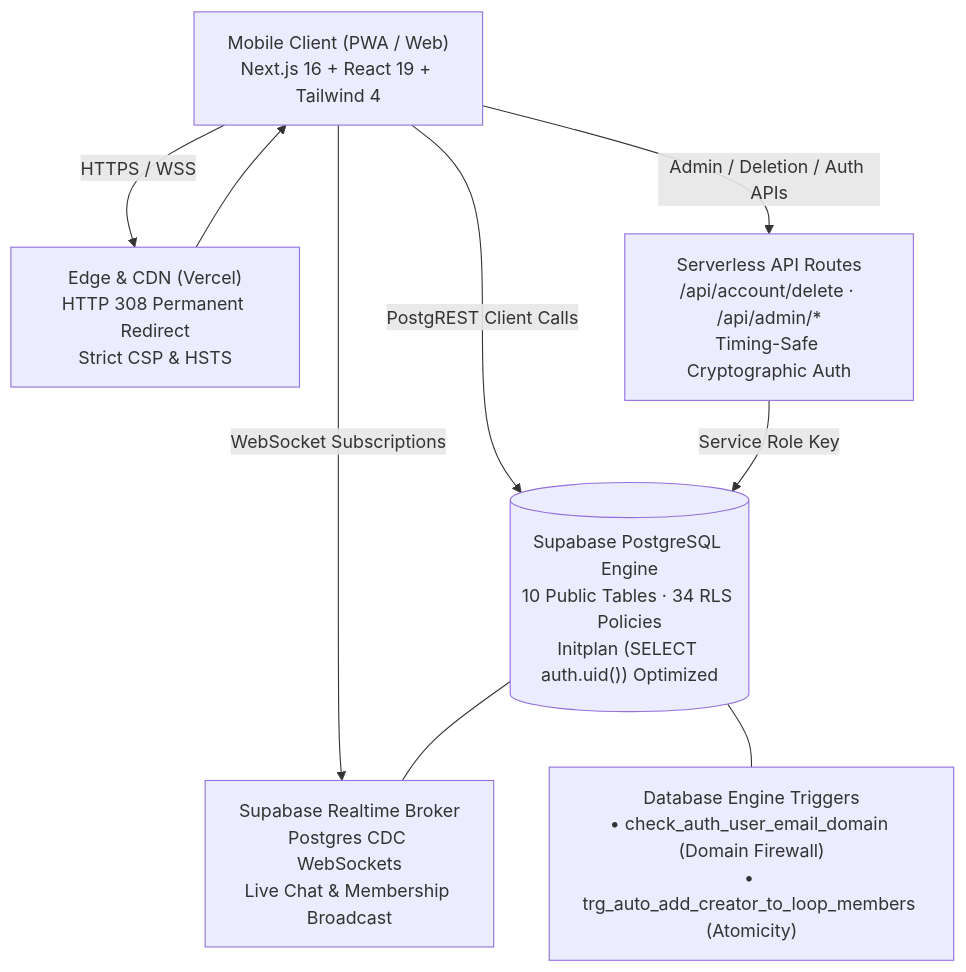
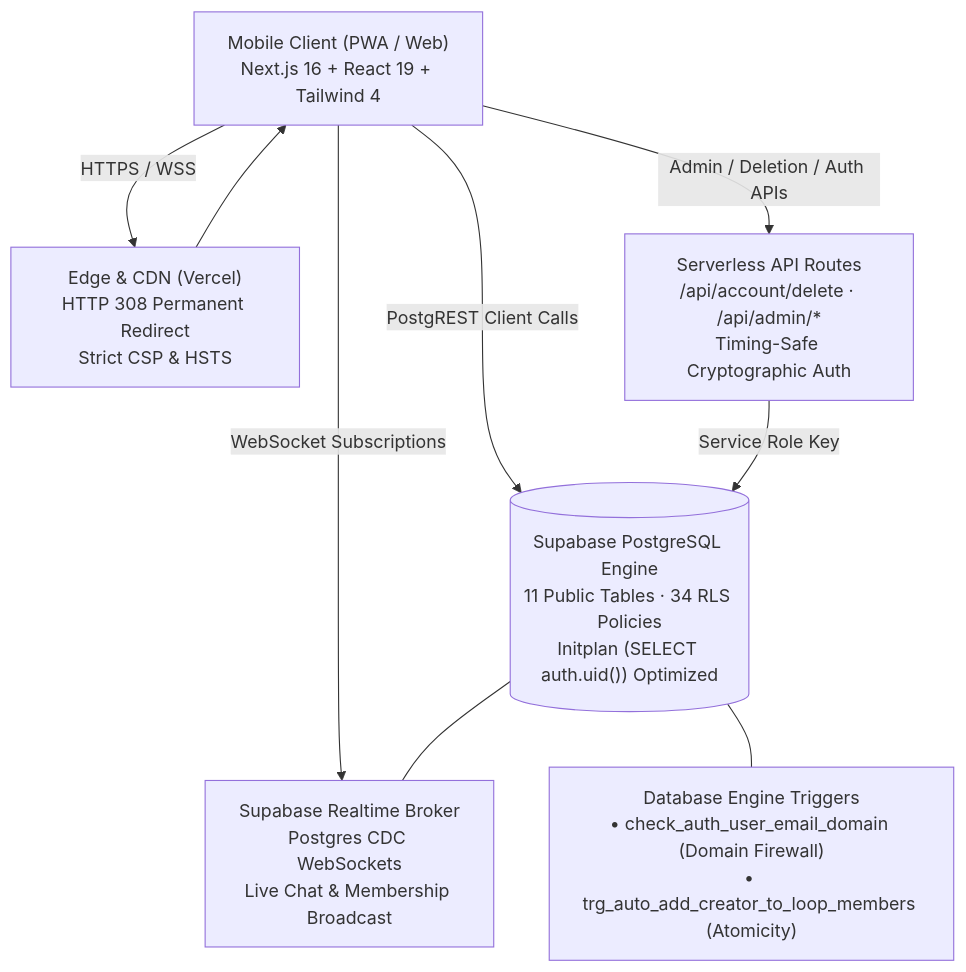
One commit to sanjaykamal2006/Loop changed the diagram in README.md. Above: the diagram before and after it, drawn with Mermaid. The commit also changed other lines of this file and 42 other files, not shown here.

````diff
--- a/README.md
+++ b/README.md
@@ -30,18 +30,18 @@
 ```mermaid
 flowchart TD
     Client["Mobile Client (PWA / Web)\nNext.js 16 + React 19 + Tailwind 4"]
     Edge["Edge & CDN (Vercel)\nHTTP 308 Permanent Redirect\nStrict CSP & HSTS"]
     API["Serverless API Routes\n/api/account/delete · /api/admin/*\nTiming-Safe Cryptographic Auth"]
-    DB[("Supabase PostgreSQL Engine\n10 Public Tables · 34 RLS Policies\nInitplan (SELECT auth.uid()) Optimized")]
+    DB[("Supabase PostgreSQL Engine\n11 Public Tables · 34 RLS Policies\nInitplan (SELECT auth.uid()) Optimized")]
     RT["Supabase Realtime Broker\nPostgres CDC WebSockets\nLive Chat & Membership Broadcast"]
     Trig["Database Engine Triggers\n• check_auth_user_email_domain (Domain Firewall)\n• trg_auto_add_creator_to_loop_members (Atomicity)"]
 
     Client -->|HTTPS / WSS| Edge
     Edge --> Client
     Client -->|WebSocket Subscriptions| RT
     Client -->|PostgREST Client Calls| DB
     Client -->|Admin / Deletion / Auth APIs| API
     API -->|Service Role Key| DB
     DB --- Trig
     DB --- RT
 ```
````
